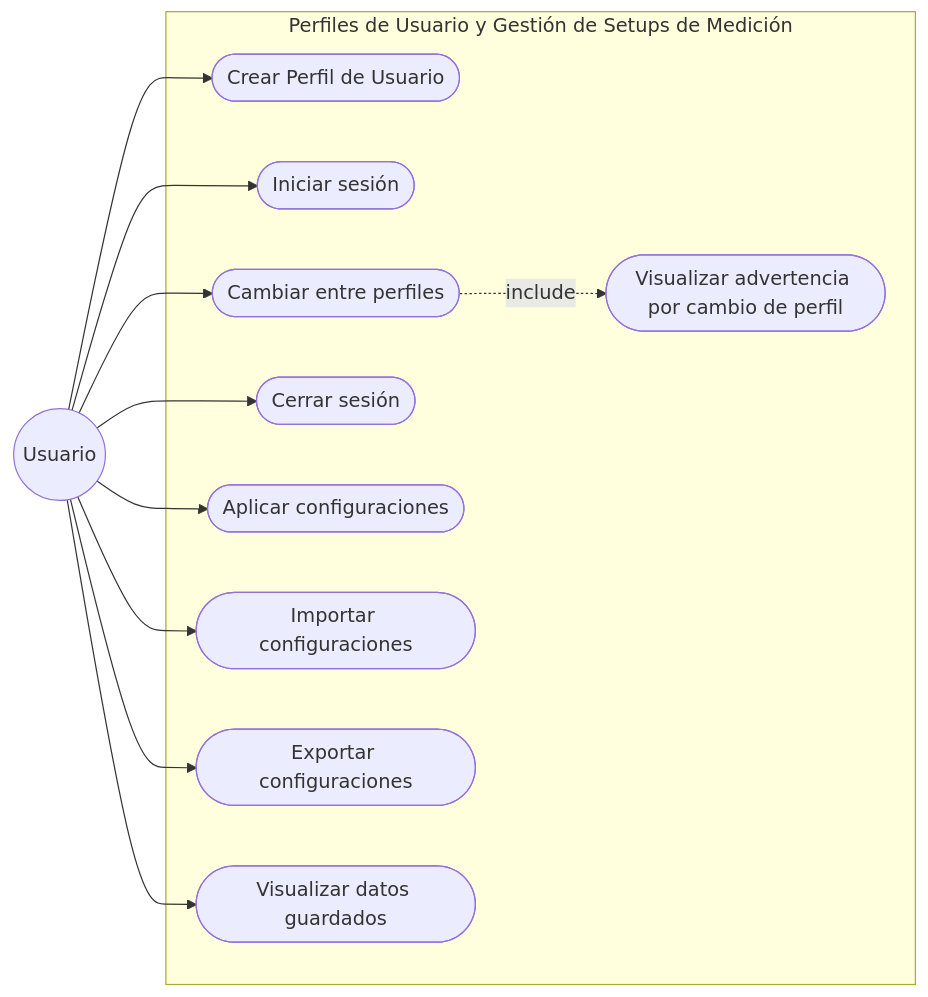
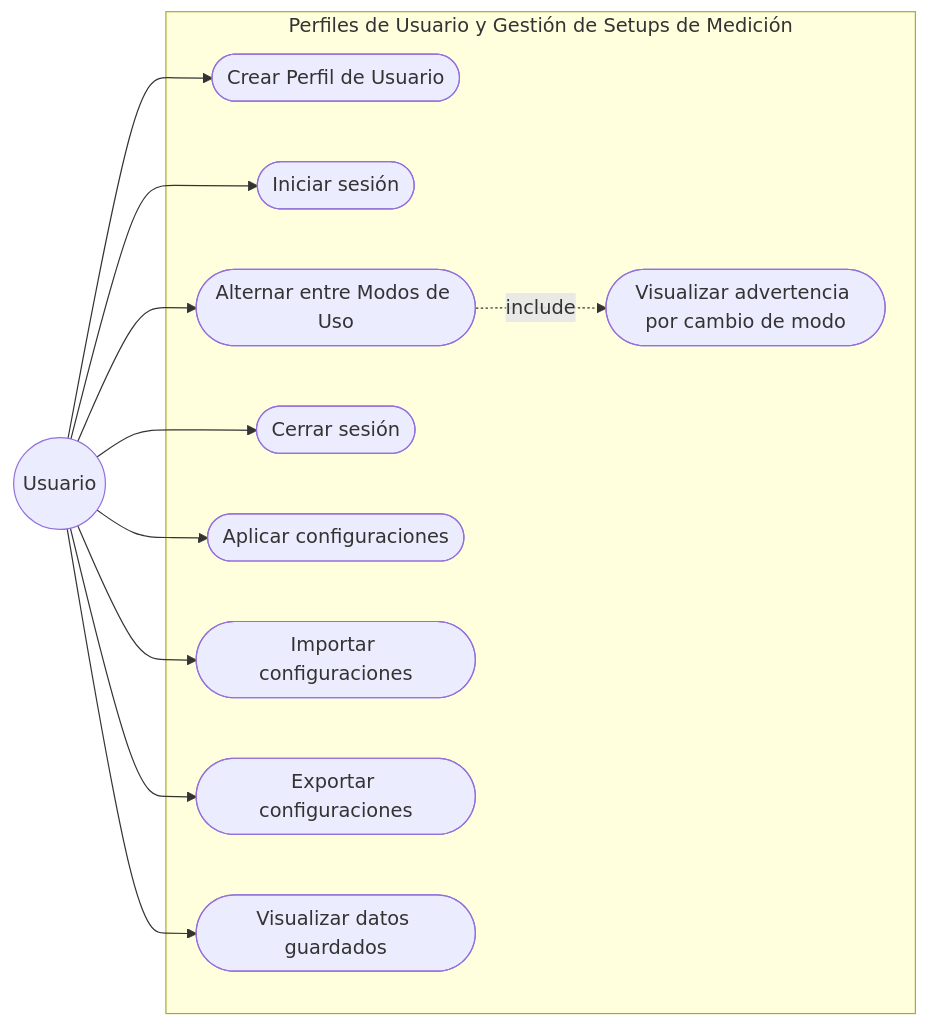
Before and after one commit to alegrelias/Repo-GMini: the fourth of 5 diagrams in Gmini-MarkDown/Diagramas/Casos de Uso.md, drawn with Mermaid. The commit also changed other lines of this file, not shown here.

Commit message:
Se modifica diagrama de casos de uso

````diff
--- a/Gmini-MarkDown/Diagramas/Casos de Uso.md
+++ b/Gmini-MarkDown/Diagramas/Casos de Uso.md
@@ -94,32 +94,32 @@
 ```mermaid
 flowchart LR
 %% Actores
 Usuario((Usuario))
 
 subgraph Perfiles de Usuario y Gestión de Setups de Medición
 	CU1([Crear Perfil de Usuario])
 	CU2([Iniciar sesión])
-	CU3([Cambiar entre perfiles])
+	CU3([Alternar entre Modos de Uso])
 	CU4([Cerrar sesión])
-	CU5([Visualizar advertencia por cambio de perfil])
+	CU5([Visualizar advertencia por cambio de modo])
 	CU6([Aplicar configuraciones])
 	CU7([Importar configuraciones])
 	CU8([Exportar configuraciones])
 	CU9([Visualizar datos guardados])
 end
 
 %% Asociaciones
 Usuario --> CU1
 Usuario --> CU2
 Usuario --> CU3
 Usuario --> CU4
 Usuario --> CU6
 Usuario --> CU7
 Usuario --> CU8
 Usuario --> CU9
 
 
 %% Relaciones Include/Extend
 
 CU3 -.include.-> CU5
 ```
````
